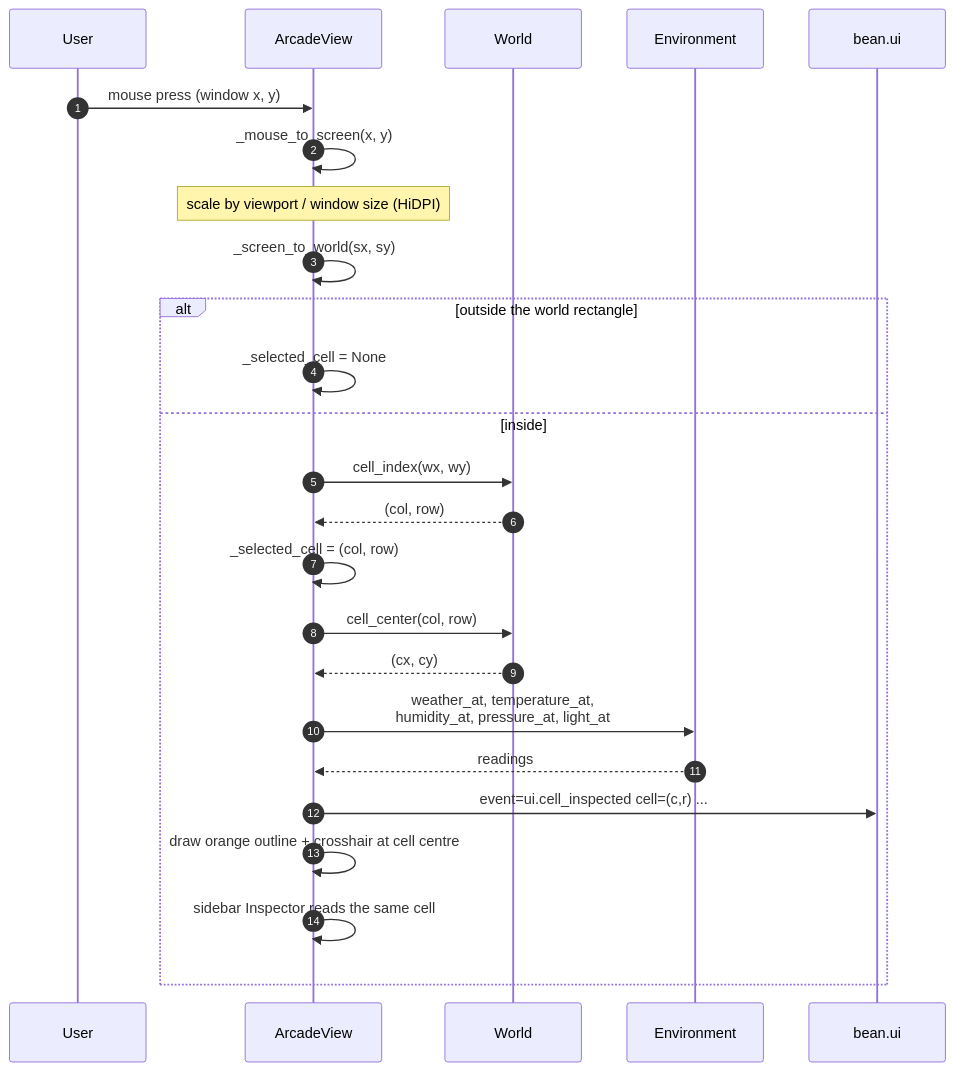
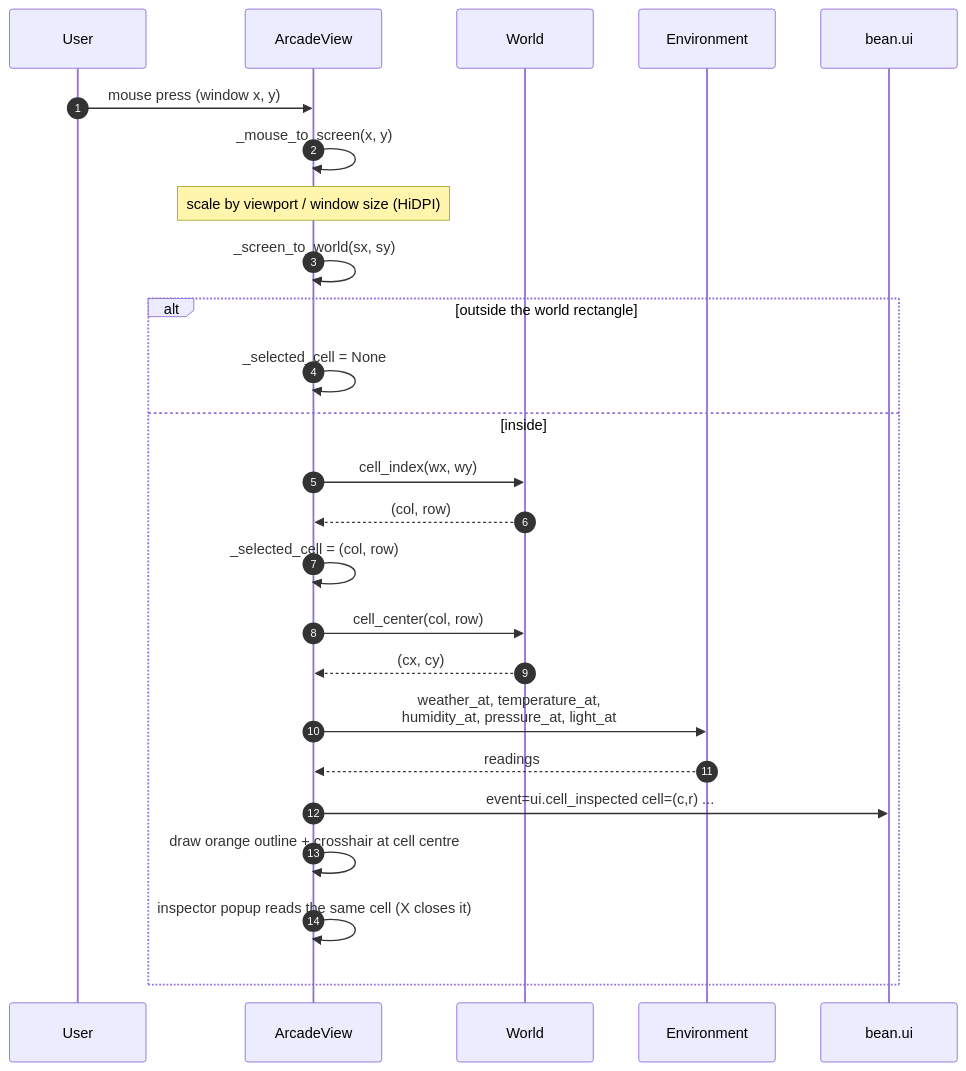
The seventh of 10 diagrams in diagrams.md (m-rossini/bns), drawn with Mermaid before and after one commit. The commit also changed other lines of this file and 25 other files, not shown here.

````diff
--- a/diagrams.md
+++ b/diagrams.md
@@ -723,28 +728,28 @@
 ```mermaid
 sequenceDiagram
     autonumber
     participant U as User
     participant V as ArcadeView
     participant W as World
     participant Env as Environment
     participant Log as bean.ui
 
     U->>V: mouse press (window x, y)
     V->>V: _mouse_to_screen(x, y)
     Note over V: scale by viewport / window size (HiDPI)
     V->>V: _screen_to_world(sx, sy)
     alt outside the world rectangle
         V->>V: _selected_cell = None
     else inside
         V->>W: cell_index(wx, wy)
         W-->>V: (col, row)
         V->>V: _selected_cell = (col, row)
         V->>W: cell_center(col, row)
         W-->>V: (cx, cy)
         V->>Env: weather_at, temperature_at,<br/>humidity_at, pressure_at, light_at
         Env-->>V: readings
         V->>Log: event=ui.cell_inspected cell=(c,r) ...
         V->>V: draw orange outline + crosshair at cell centre
-        V->>V: sidebar Inspector reads the same cell
+        V->>V: inspector popup reads the same cell (X closes it)
     end
 ```
````
